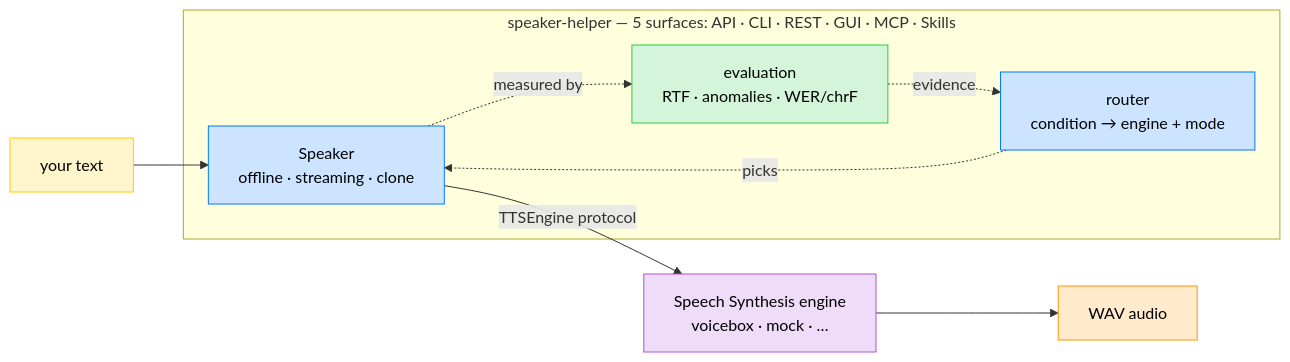
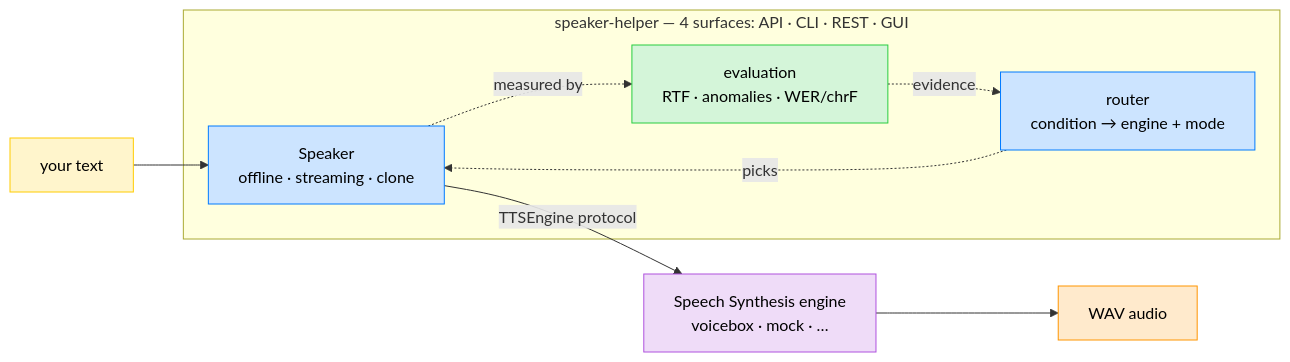
The diagram in README.md (warith-harchaoui/speaker-helper), drawn with Mermaid before and after one commit. The commit also changed other lines of this file and 17 other files, not shown here.

````diff
--- a/README.md
+++ b/README.md
@@ -65,24 +64,24 @@
 ```mermaid
 flowchart LR
     text["your text"]:::input
-    subgraph SH["speaker-helper — 5 surfaces: API · CLI · REST · GUI · MCP · Skills"]
+    subgraph SH["speaker-helper — 4 surfaces: API · CLI · REST · GUI"]
         speaker["Speaker<br/>offline · streaming · clone"]:::core
         router["router<br/>condition → engine + mode"]:::core
         eval["evaluation<br/>RTF · anomalies · WER/chrF"]:::eval
     end
     engine["Speech Synthesis engine<br/>voicebox · mock · …"]:::engine
     audio["WAV audio"]:::output
 
     text --> speaker
     router -.->|picks| speaker
     speaker -- "TTSEngine protocol" --> engine
     engine --> audio
     speaker -.->|measured by| eval
     eval -.->|evidence| router
 
     classDef input fill:#FFF5CC,stroke:#FFCC00,color:#000000
     classDef core fill:#CCE4FF,stroke:#007AFF,color:#000000
     classDef eval fill:#D4F5D9,stroke:#28CD41,color:#000000
     classDef engine fill:#EFDCF8,stroke:#AF52DE,color:#000000
     classDef output fill:#FFEACC,stroke:#FF9500,color:#000000
 ```
````
